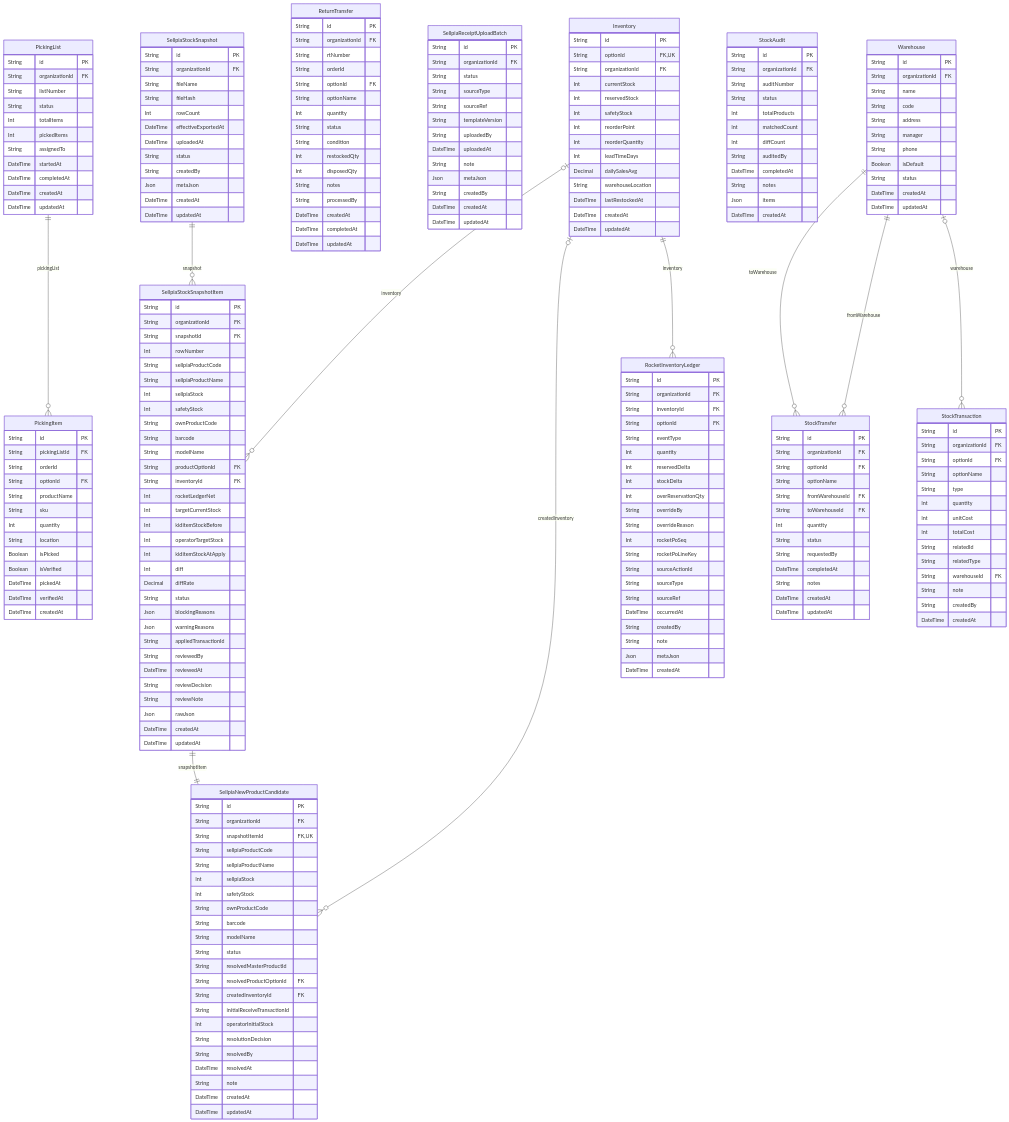
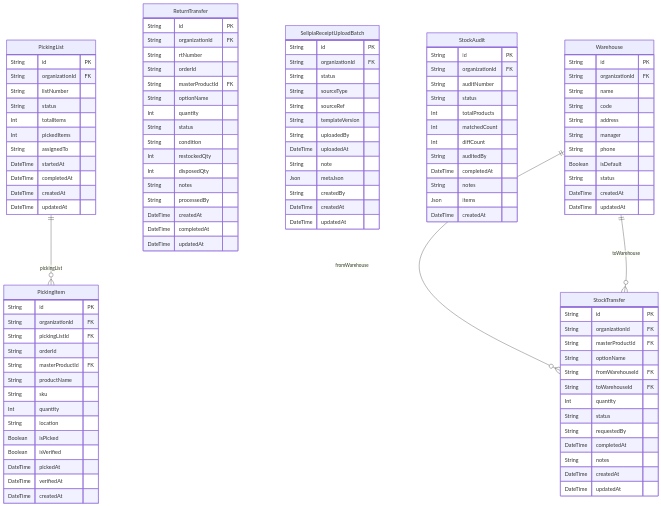
Before and after one commit to AgentFoundry-Labs/kiditem: the diagram in docs/erd/inventory.md, drawn with Mermaid. The commit also changed other lines of this file and 1064 other files, not shown here.

First line of the commit message:
refactor: rebuild Sellpia inventory and Coupang catalog ownership (#325)

````diff
--- a/docs/erd/inventory.md
+++ b/docs/erd/inventory.md
@@ -28,26 +22,11 @@
 ```mermaid
 erDiagram
-  Inventory {
-    String id PK
-    String optionId FK,UK
-    String organizationId FK
-    Int currentStock
-    Int reservedStock
-    Int safetyStock
-    Int reorderPoint
-    Int reorderQuantity
-    Int leadTimeDays
-    Decimal dailySalesAvg
-    String warehouseLocation
-    DateTime lastRestockedAt
-    DateTime createdAt
-    DateTime updatedAt
-  }
   PickingItem {
     String id PK
+    String organizationId FK
     String pickingListId FK
     String orderId
-    String optionId FK
+    String masterProductId FK
     String productName
     String sku
     Int quantity
@@ -76,7 +55,7 @@
     String organizationId FK
     String rtNumber
     String orderId
-    String optionId FK
+    String masterProductId FK
     String optionName
     Int quantity
     String status
@@ -87,53 +66,6 @@
     String processedBy
     DateTime createdAt
     DateTime completedAt
-    DateTime updatedAt
-  }
-  RocketInventoryLedger {
-    String id PK
-    String organizationId FK
-    String inventoryId FK
-    String optionId FK
-    String eventType
-    Int quantity
-    Int reservedDelta
-    Int stockDelta
-    Int overReservationQty
-    String overrideBy
-    String overrideReason
-    Int rocketPoSeq
-    String rocketPoLineKey
-    String sourceActionId
-    String sourceType
-    String sourceRef
-    DateTime occurredAt
-    String createdBy
-    String note
-    Json metaJson
-    DateTime createdAt
-  }
-  SellpiaNewProductCandidate {
-    String id PK
-    String organizationId FK
-    String snapshotItemId FK,UK
-    String sellpiaProductCode
-    String sellpiaProductName
-    Int sellpiaStock
-    Int safetyStock
-    String ownProductCode
-    String barcode
-    String modelName
-    String status
-    String resolvedMasterProductId
-    String resolvedProductOptionId FK
-    String createdInventoryId FK
-    String initialReceiveTransactionId
-    Int operatorInitialStock
-    String resolutionDecision
-    String resolvedBy
-    DateTime resolvedAt
-    String note
-    DateTime createdAt
     DateTime updatedAt
   }
   SellpiaReceiptUploadBatch {
@@ -151,53 +83,6 @@
     DateTime createdAt
     DateTime updatedAt
   }
-  SellpiaStockSnapshot {
-    String id PK
-    String organizationId FK
-    String fileName
-    String fileHash
-    Int rowCount
-    DateTime effectiveExportedAt
-    DateTime uploadedAt
-    String status
-    String createdBy
-    Json metaJson
-    DateTime createdAt
-    DateTime updatedAt
-  }
-  SellpiaStockSnapshotItem {
-    String id PK
-    String organizationId FK
-    String snapshotId FK
-    Int rowNumber
-    String sellpiaProductCode
-    String sellpiaProductName
-    Int sellpiaStock
-    Int safetyStock
-    String ownProductCode
-    String barcode
-    String modelName
-    String productOptionId FK
-    String inventoryId FK
-    Int rocketLedgerNet
-    Int targetCurrentStock
-    Int kiditemStockBefore
-    Int operatorTargetStock
-    Int kiditemStockAtApply
-    Int diff
-    Decimal diffRate
-    String status
-    Json blockingReasons
-    Json warningReasons
-    String appliedTransactionId
-    String reviewedBy
-    DateTime reviewedAt
-    String reviewDecision
-    String reviewNote
-    Json rawJson
-    DateTime createdAt
-    DateTime updatedAt
-  }
   StockAudit {
     String id PK
     String organizationId FK
@@ -212,26 +97,10 @@
     Json items
     DateTime createdAt
   }
-  StockTransaction {
-    String id PK
-    String organizationId FK
-    String optionId FK
-    String optionName
-    String type
-    Int quantity
-    Int unitCost
-    Int totalCost
-    String relatedId
-    String relatedType
-    String warehouseId FK
-    String note
-    String createdBy
-    DateTime createdAt
-  }
   StockTransfer {
     String id PK
     String organizationId FK
-    String optionId FK
+    String masterProductId FK
     String optionName
     String fromWarehouseId FK
     String toWarehouseId FK
@@ -256,13 +125,7 @@
     DateTime createdAt
     DateTime updatedAt
   }
-  Inventory ||--o{ RocketInventoryLedger : "inventory"
-  Inventory o|--o{ SellpiaNewProductCandidate : "createdInventory"
-  Inventory o|--o{ SellpiaStockSnapshotItem : "inventory"
   PickingList ||--o{ PickingItem : "pickingList"
-  SellpiaStockSnapshot ||--o{ SellpiaStockSnapshotItem : "snapshot"
-  SellpiaStockSnapshotItem ||--|| SellpiaNewProductCandidate : "snapshotItem"
-  Warehouse o|--o{ StockTransaction : "warehouse"
   Warehouse ||--o{ StockTransfer : "fromWarehouse"
   Warehouse ||--o{ StockTransfer : "toWarehouse"
 ```
````
